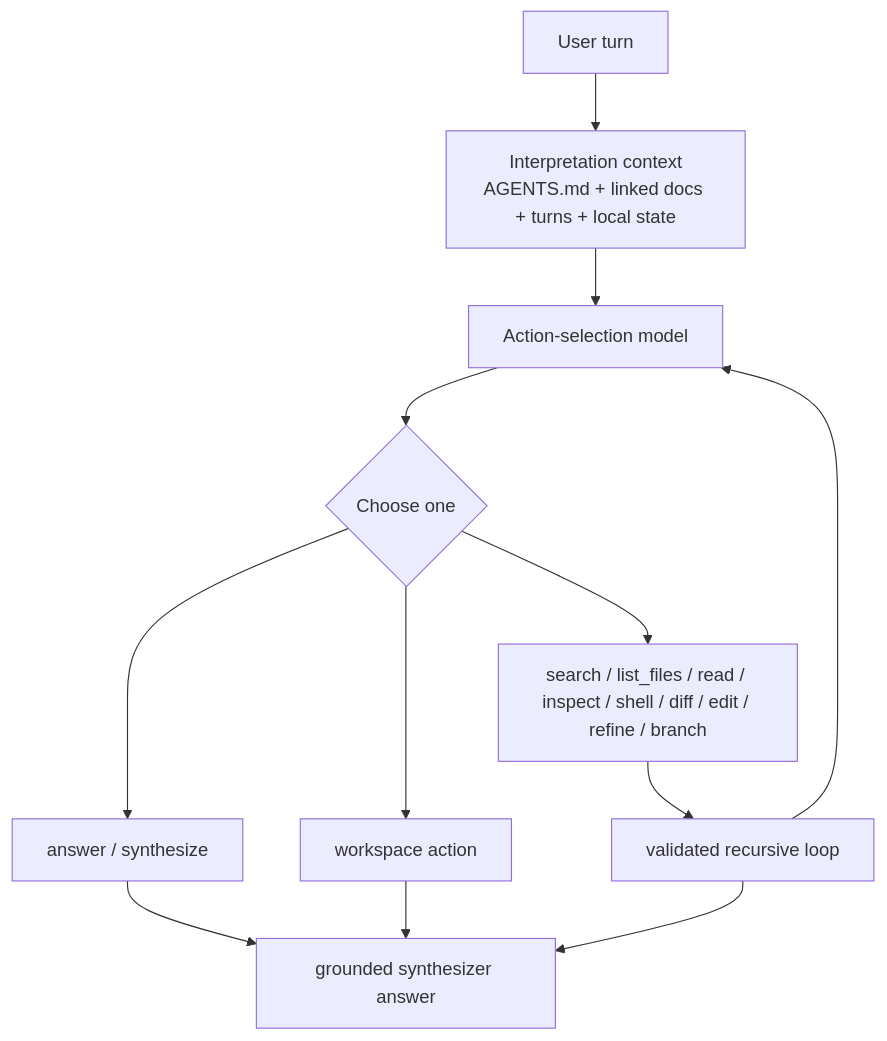
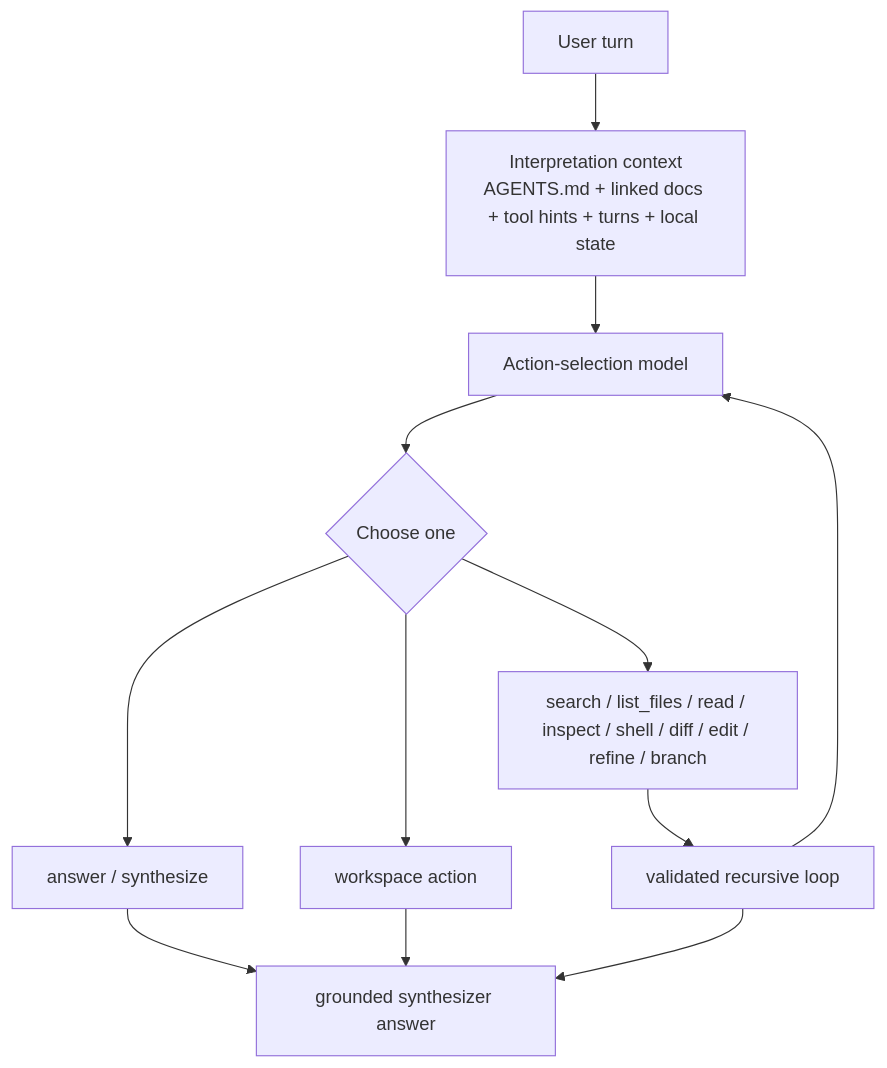
One commit to spoke-sh/paddles changed the third of 5 diagrams in README.md. Above: the diagram before and after it, drawn with Mermaid. The commit also changed other lines of this file and 8 other files, not shown here.

First line of the commit message:
feat: bootstrap planner tool hints from operator docs

````diff
--- a/README.md
+++ b/README.md
@@ -82,18 +82,18 @@
 ```mermaid
 flowchart TD
     U["User turn"]
-    I["Interpretation context<br/>AGENTS.md + linked docs + turns + local state"]
+    I["Interpretation context<br/>AGENTS.md + linked docs + tool hints + turns + local state"]
     M["Action-selection model"]
     C{"Choose one"}
     A["answer / synthesize"]
     T["workspace action"]
     R["search / list_files / read / inspect / shell / diff / edit / refine / branch"]
     L["validated recursive loop"]
     S["grounded synthesizer answer"]
 
     U --> I --> M --> C
     C --> A --> S
     C --> T --> S
     C --> R --> L --> M
     L --> S
 ```
````
